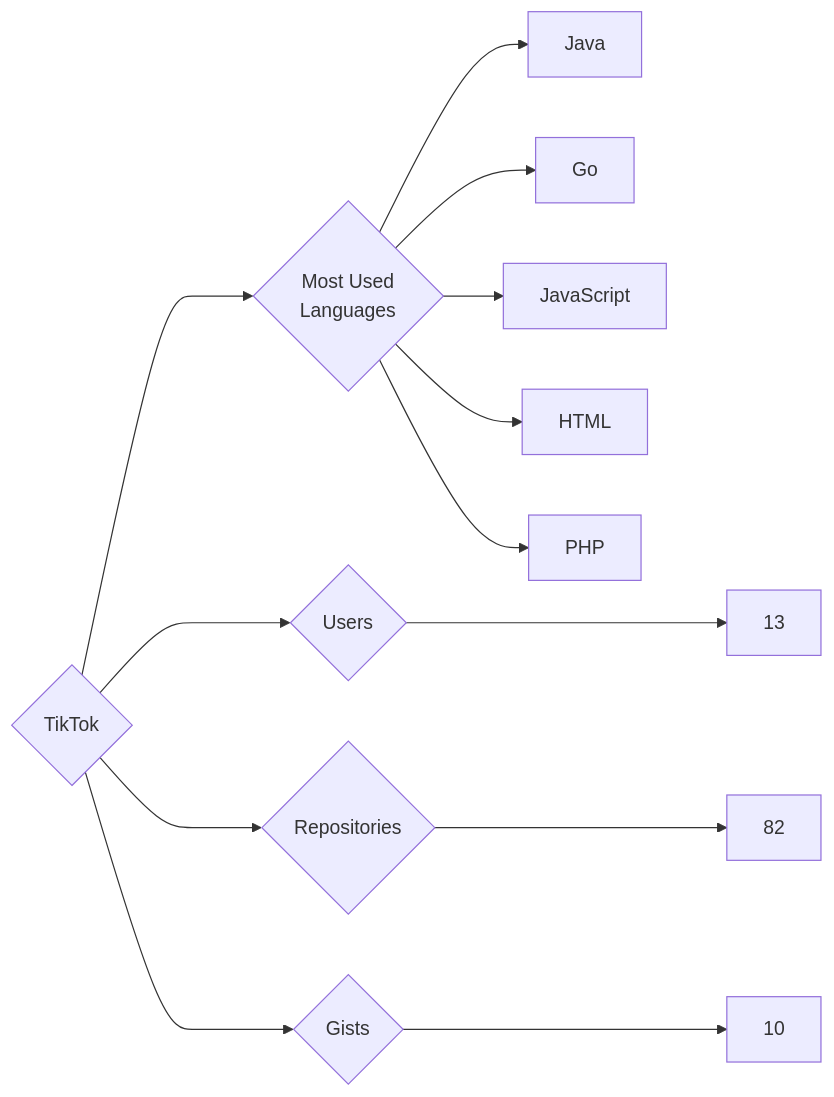
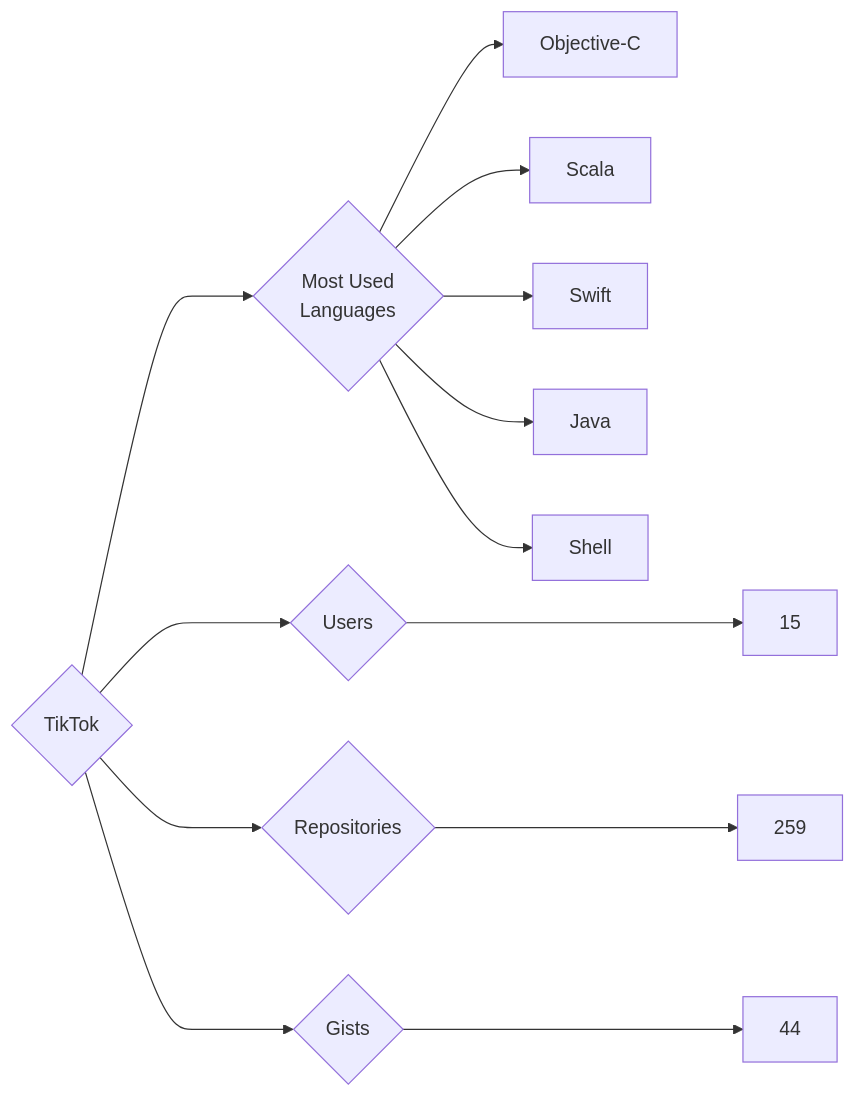
The diagram in targets/TikTok/README.md (trickest/insiders), drawn with Mermaid before and after one commit. The commit also changed 677 other files, not shown here.

````diff
--- a/targets/TikTok/README.md
+++ b/targets/TikTok/README.md
@@ -3,13 +3,13 @@
 ```mermaid
 graph LR
 COMPANY_NAME{TikTok}
-COMPANY_NAME ---> U{Users} ---> UN[13]
-COMPANY_NAME ---> R{Repositories} ---> RN[82]
-COMPANY_NAME ---> G{Gists} ---> GN[10]
+COMPANY_NAME ---> U{Users} ---> UN[15]
+COMPANY_NAME ---> R{Repositories} ---> RN[259]
+COMPANY_NAME ---> G{Gists} ---> GN[44]
 COMPANY_NAME ---> ML{Most Used<br>Languages}
+ML --> Objective-C[Objective-C]
+ML --> Scala[Scala]
+ML --> Swift[Swift]
 ML --> Java[Java]
-ML --> Go[Go]
-ML --> JavaScript[JavaScript]
-ML --> HTML[HTML]
-ML --> PHP[PHP]
+ML --> Shell[Shell]
 ```
````
